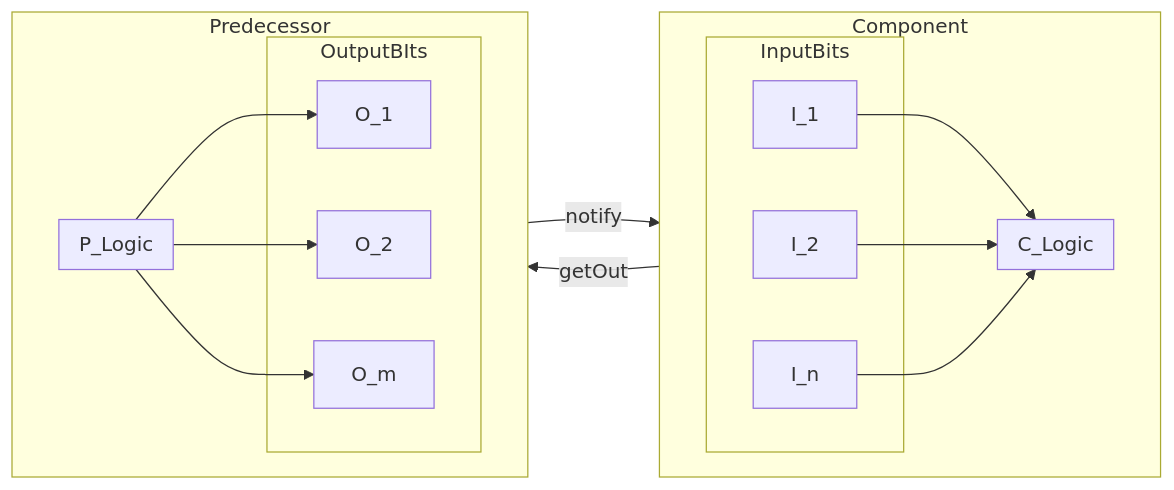
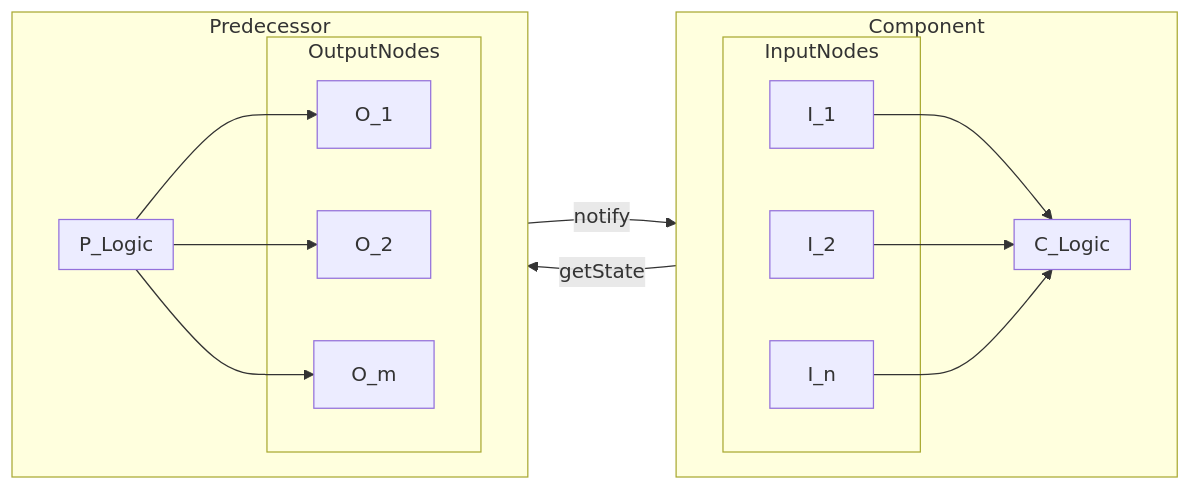
Before and after one commit to brmatthy/cpu: the second of 2 diagrams in src/logic/base/README.md, drawn with Mermaid. The commit also changed other lines of this file, not shown here.

````diff
--- a/src/logic/base/README.md
+++ b/src/logic/base/README.md
@@ -50,32 +45,32 @@
 ```mermaid
 flowchart LR
 	subgraph Component
 		direction LR
-		subgraph InputBits
+		subgraph InputNodes
 			I_1
 			I_2
 			I_n
 		end
 		subgraph C_Logic
 		end
 		I_1 --> C_Logic
 		I_2 --> C_Logic
 		I_n --> C_Logic
 	end
 	subgraph Predecessor
 		direction LR
-		subgraph OutputBIts
+		subgraph OutputNodes
 			O_1
 			O_2
 			O_m
 		end
 		subgraph P_Logic
 		end
 		P_Logic --> O_1
 		P_Logic --> O_2
 		P_Logic --> O_m
 	end
-	I_1 -->|getOut| O_1
-	O_1 -->|notify| Component
+	I_1 -->|getState| O_1
+	O_1 -->|notify| I_1
 	
 ```
````
